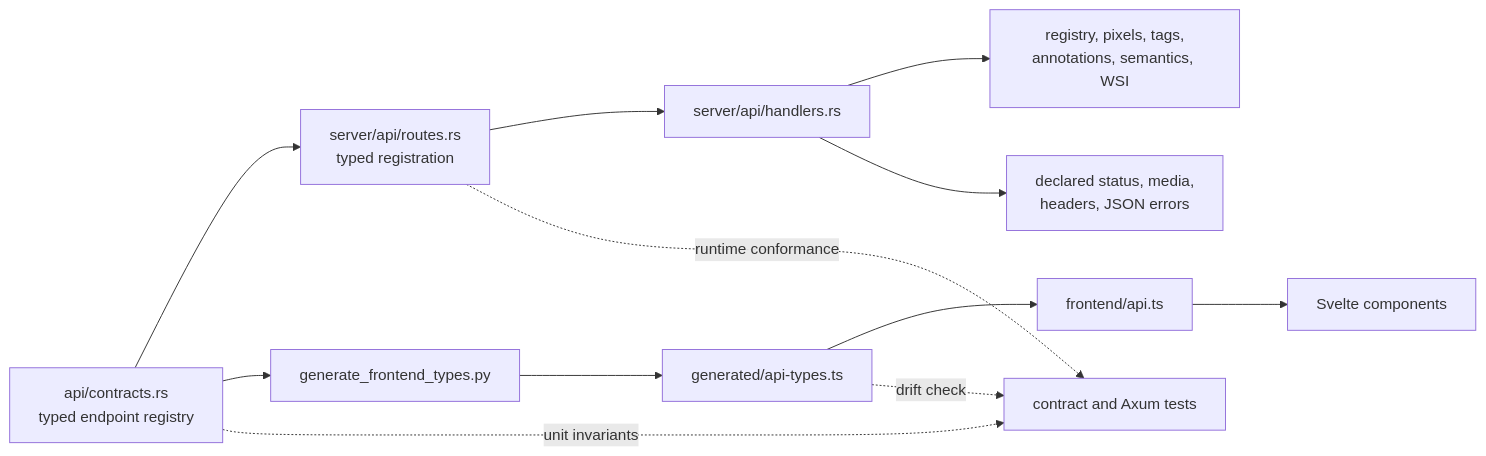
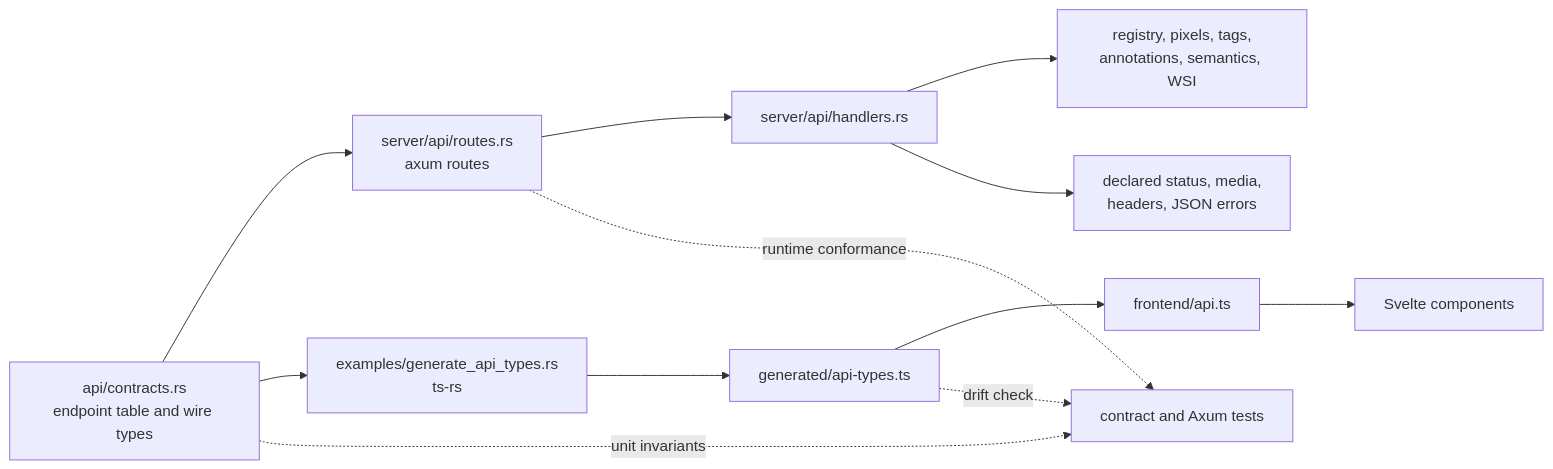
The second of 4 diagrams in docs/architecture.md (dcmview/dcmview), drawn with Mermaid before and after one commit. The commit also changed other lines of this file and 1 other file, not shown here.

First line of the commit message:
docs(architecture): describe the ts-rs contract generation flow

````diff
--- a/docs/architecture.md
+++ b/docs/architecture.md
@@ -141,14 +141,14 @@
 ```mermaid
 flowchart LR
-    contract["api/contracts.rs<br/>typed endpoint registry"] --> routes["server/api/routes.rs<br/>typed registration"]
+    contract["api/contracts.rs<br/>endpoint table and wire types"] --> routes["server/api/routes.rs<br/>axum routes"]
     routes --> handlers["server/api/handlers.rs"]
     handlers --> services["registry, pixels, tags,<br/>annotations, semantics, WSI"]
     handlers --> responses["declared status, media,<br/>headers, JSON errors"]
-    contract --> generator["generate_frontend_types.py"]
+    contract --> generator["examples/generate_api_types.rs<br/>ts-rs"]
     generator --> generated["generated/api-types.ts"]
     generated --> client["frontend/api.ts"]
     client --> components["Svelte components"]
     contract -. "unit invariants" .-> tests["contract and Axum tests"]
     routes -. "runtime conformance" .-> tests
     generated -. "drift check" .-> tests
 ```
````
